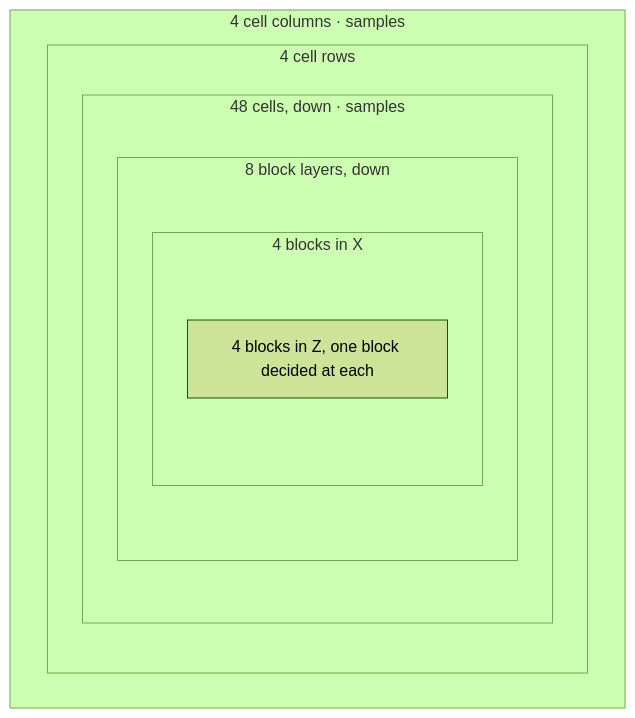
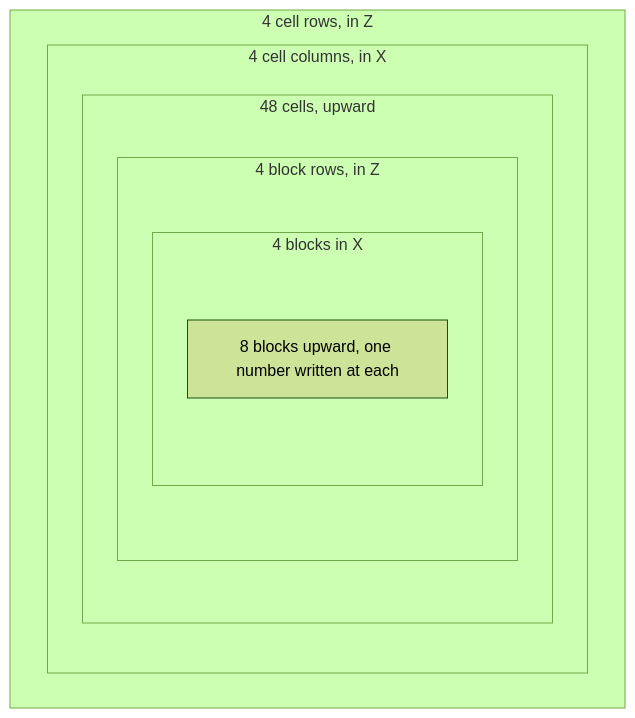
The second of 2 diagrams in src/systems/worldgen/terrain.md (AlexanderjFraser/MinecraftDocs), drawn with Mermaid (forest theme) before and after one commit. The commit also changed other lines of this file and 68 other files, not shown here.

````diff
--- a/src/systems/worldgen/terrain.md
+++ b/src/systems/worldgen/terrain.md
@@ -123,14 +136,14 @@
 ```mermaid
 flowchart TD
-    subgraph CX["4 cell columns · samples"]
-    subgraph CZ["4 cell rows"]
-    subgraph CY["48 cells, down · samples"]
-    subgraph BY["8 block layers, down"]
+    subgraph CZ["4 cell rows, in Z"]
+    subgraph CX["4 cell columns, in X"]
+    subgraph CY["48 cells, upward"]
+    subgraph BZ["4 block rows, in Z"]
     subgraph BX["4 blocks in X"]
-    BZ["4 blocks in Z, one block decided at each"]
+    BY["8 blocks upward, one number written at each"]
     end
     end
     end
     end
     end
 ```
````
